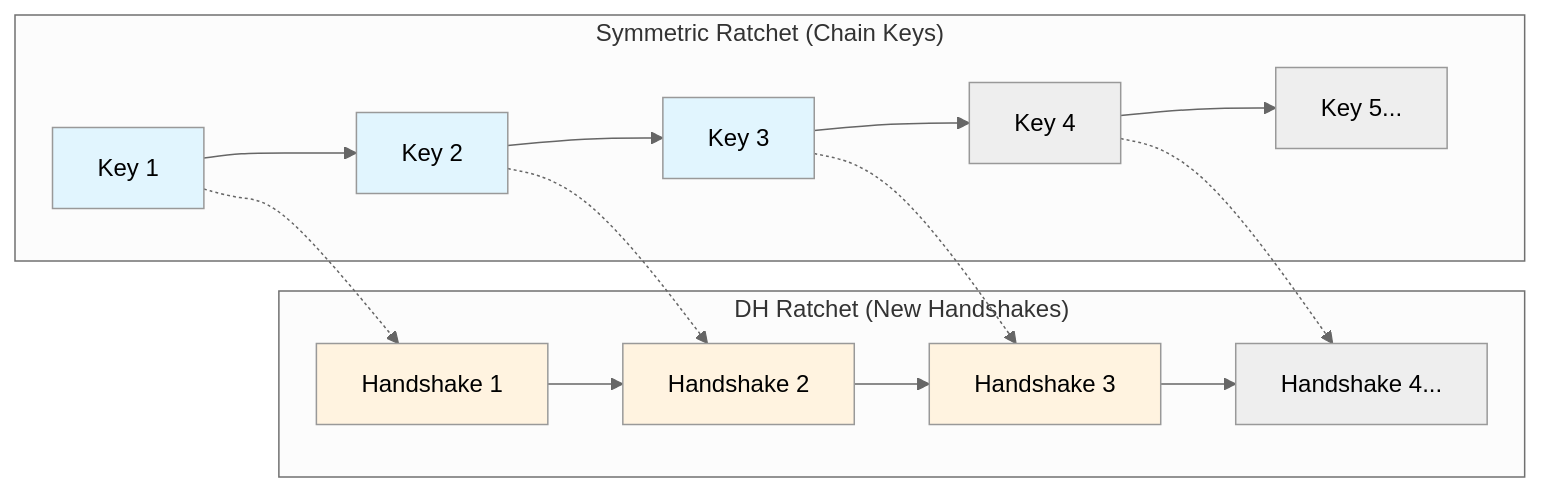
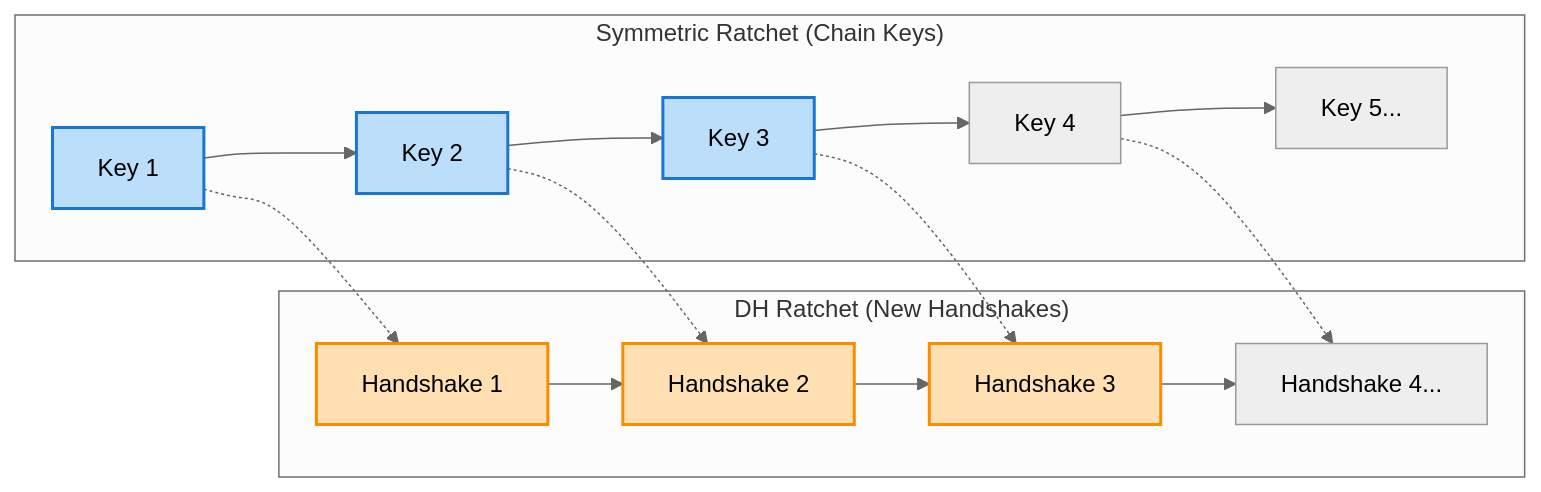
Before and after one commit to prabhatg/signal_crypto_lib: the eighth of 16 diagrams in docs/signal_protocol_for_kids.md, drawn with Mermaid (neutral theme). The commit also changed other lines of this file and 1 other file, not shown here.

Commit message:
Documentation diagram updates

````diff
--- a/docs/signal_protocol_for_kids.md
+++ b/docs/signal_protocol_for_kids.md
@@ -231,27 +231,27 @@
 ```mermaid
 graph LR
     subgraph "Symmetric Ratchet (Chain Keys)"
         A[Key 1] --> B[Key 2]
         B --> C[Key 3]
         C --> D[Key 4]
         D --> E[Key 5...]
     end
     
     subgraph "DH Ratchet (New Handshakes)"
         F[Handshake 1] --> G[Handshake 2]
         G --> H[Handshake 3]
         H --> I[Handshake 4...]
     end
     
     A -.-> F
     B -.-> G
     C -.-> H
     D -.-> I
     
-    style A fill:#e1f5fe
-    style B fill:#e1f5fe
-    style C fill:#e1f5fe
-    style F fill:#fff3e0
-    style G fill:#fff3e0
-    style H fill:#fff3e0
+    style A fill:#bbdefb,stroke:#1976d2,stroke-width:2px,color:#000
+    style B fill:#bbdefb,stroke:#1976d2,stroke-width:2px,color:#000
+    style C fill:#bbdefb,stroke:#1976d2,stroke-width:2px,color:#000
+    style F fill:#ffe0b2,stroke:#fb8c00,stroke-width:2px,color:#000
+    style G fill:#ffe0b2,stroke:#fb8c00,stroke-width:2px,color:#000
+    style H fill:#ffe0b2,stroke:#fb8c00,stroke-width:2px,color:#000
 ```
````
